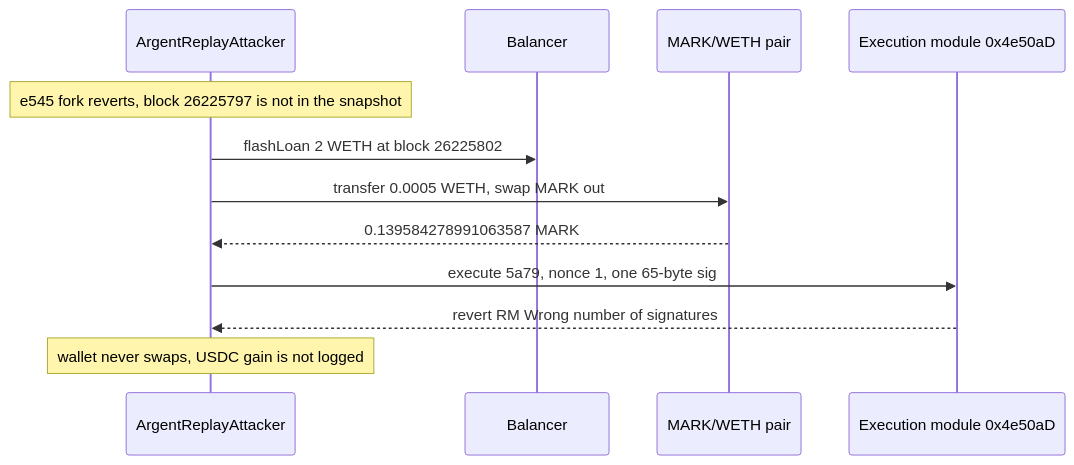
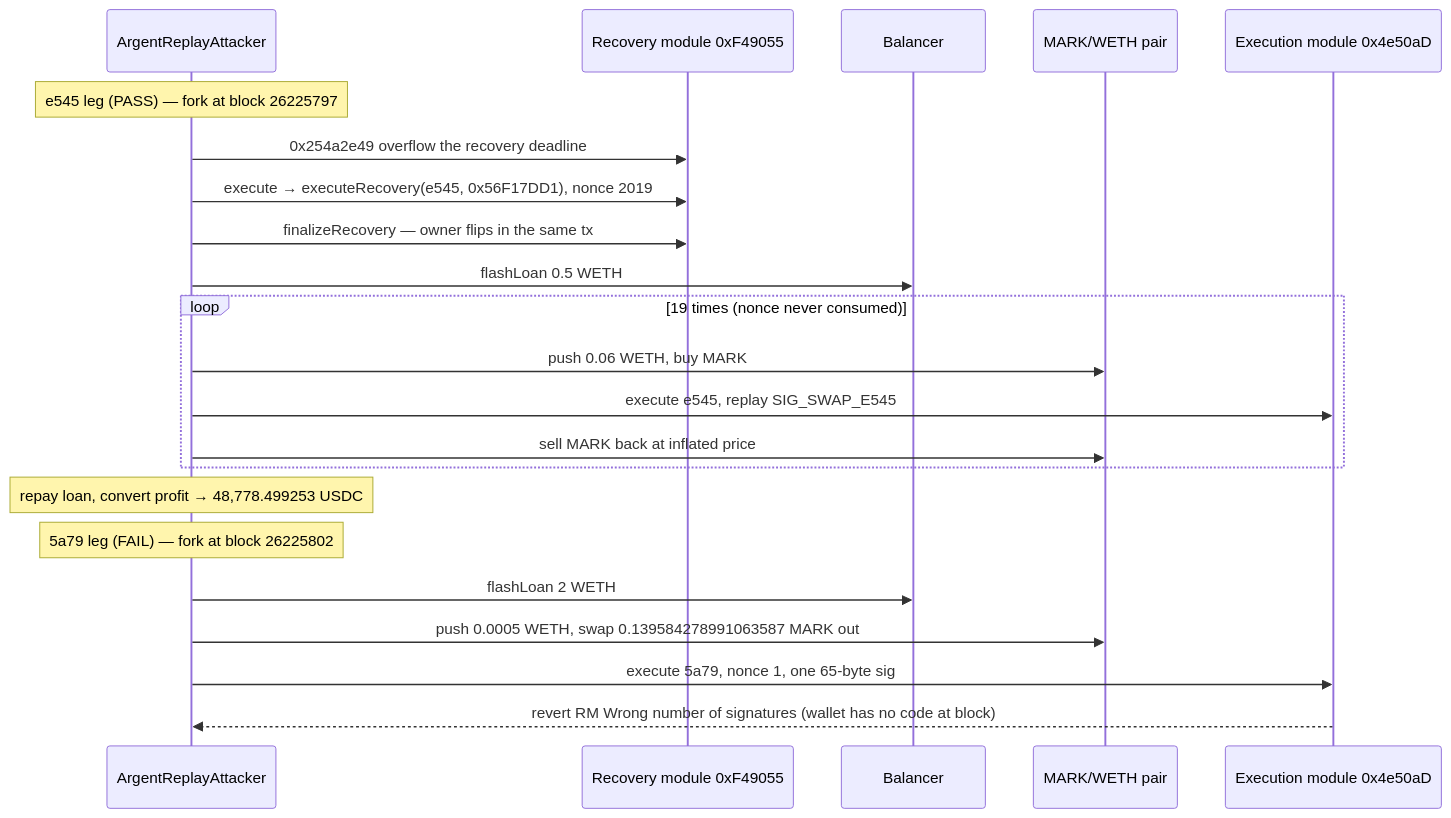
One commit to sanbir/evm-hack-registry changed the diagram in 2026-10-Argent_exp/Argent_exp.md. Above: the diagram before and after it, drawn with Mermaid. The commit also changed other lines of this file and 26 other files, not shown here.

````diff
--- a/2026-10-Argent_exp/Argent_exp.md
+++ b/2026-10-Argent_exp/Argent_exp.md
@@ -132,15 +139,26 @@
 ```mermaid
 sequenceDiagram
     participant A as ArgentReplayAttacker
+    participant R as Recovery module 0xF49055
     participant B as Balancer
     participant Pair as MARK/WETH pair
     participant M as Execution module 0x4e50aD
 
-    Note over A: e545 fork reverts, block 26225797 is not in the snapshot
-    A->>B: flashLoan 2 WETH at block 26225802
-    A->>Pair: transfer 0.0005 WETH, swap MARK out
-    Pair-->>A: 0.139584278991063587 MARK
+    Note over A: e545 leg (PASS) — fork at block 26225797
+    A->>R: 0x254a2e49 overflow the recovery deadline
+    A->>R: execute → executeRecovery(e545, 0x56F17DD1), nonce 2019
+    A->>R: finalizeRecovery — owner flips in the same tx
+    A->>B: flashLoan 0.5 WETH
+    loop 19 times (nonce never consumed)
+        A->>Pair: push 0.06 WETH, buy MARK
+        A->>M: execute e545, replay SIG_SWAP_E545
+        A->>Pair: sell MARK back at inflated price
+    end
+    Note over A: repay loan, convert profit → 48,778.499253 USDC
+
+    Note over A: 5a79 leg (FAIL) — fork at block 26225802
+    A->>B: flashLoan 2 WETH
+    A->>Pair: push 0.0005 WETH, swap 0.139584278991063587 MARK out
     A->>M: execute 5a79, nonce 1, one 65-byte sig
-    M-->>A: revert RM Wrong number of signatures
-    Note over A: wallet never swaps, USDC gain is not logged
+    M-->>A: revert RM Wrong number of signatures (wallet has no code at block)
 ```
````
